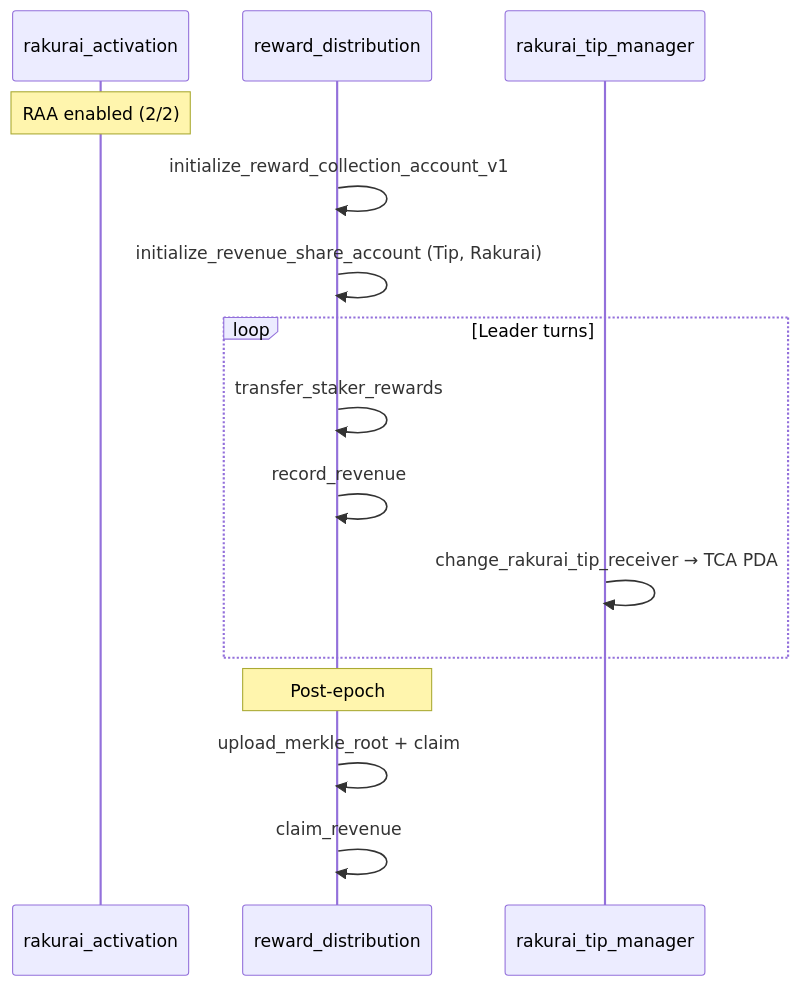
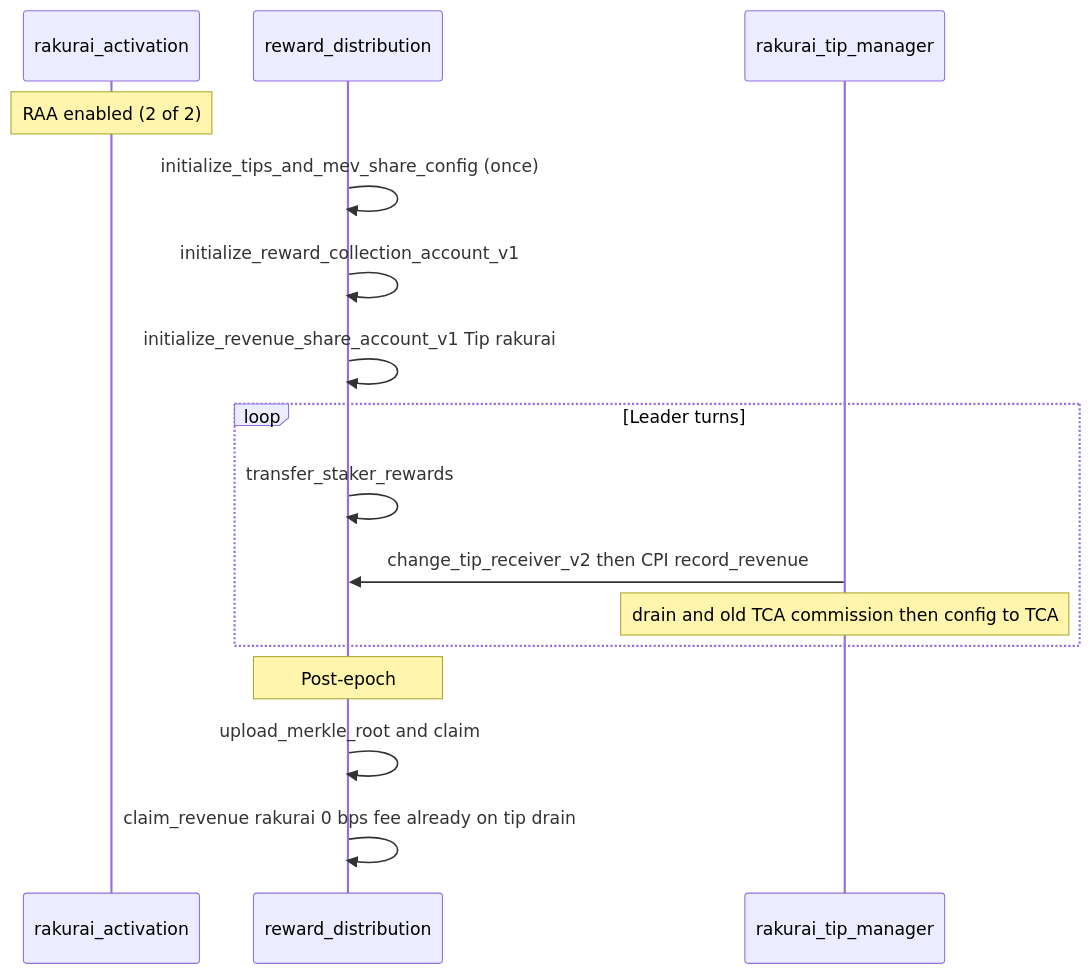
One commit to rakurai-io/rakurai_programs changed the fourth of 4 diagrams in diagram/program-flow-diagrams.md. Above: the diagram before and after it, drawn with Mermaid. The commit also changed other lines of this file and 5 other files, not shown here.

Commit message:
initial commmit: added change_tip_receiver_v2 and use commission based on TCA value

````diff
--- a/diagram/program-flow-diagrams.md
+++ b/diagram/program-flow-diagrams.md
@@ -155,18 +159,19 @@
 ```mermaid
 sequenceDiagram
     participant Act as rakurai_activation
     participant RD as reward_distribution
     participant TM as rakurai_tip_manager
 
-    Note over Act: RAA enabled (2/2)
+    Note over Act: RAA enabled (2 of 2)
+    RD->>RD: initialize_tips_and_mev_share_config (once)
     RD->>RD: initialize_reward_collection_account_v1
-    RD->>RD: initialize_revenue_share_account (Tip, Rakurai)
+    RD->>RD: initialize_revenue_share_account_v1 Tip rakurai
     loop Leader turns
         RD->>RD: transfer_staker_rewards
-        RD->>RD: record_revenue
-        TM->>TM: change_rakurai_tip_receiver → TCA PDA
+        TM->>RD: change_tip_receiver_v2 then CPI record_revenue
+        Note over TM: drain and old TCA commission then config to TCA
     end
     Note over RD: Post-epoch
-    RD->>RD: upload_merkle_root + claim
-    RD->>RD: claim_revenue
+    RD->>RD: upload_merkle_root and claim
+    RD->>RD: claim_revenue rakurai 0 bps fee already on tip drain
 ```
````
